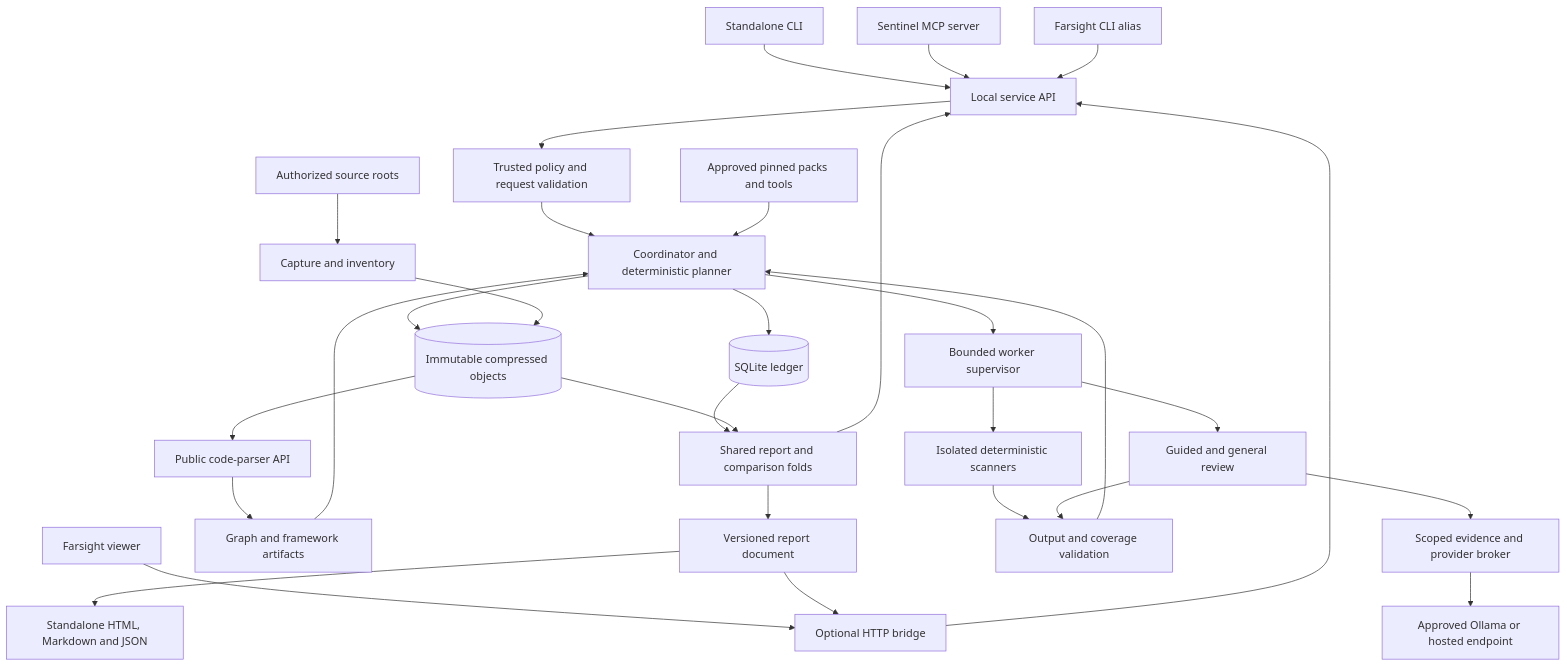
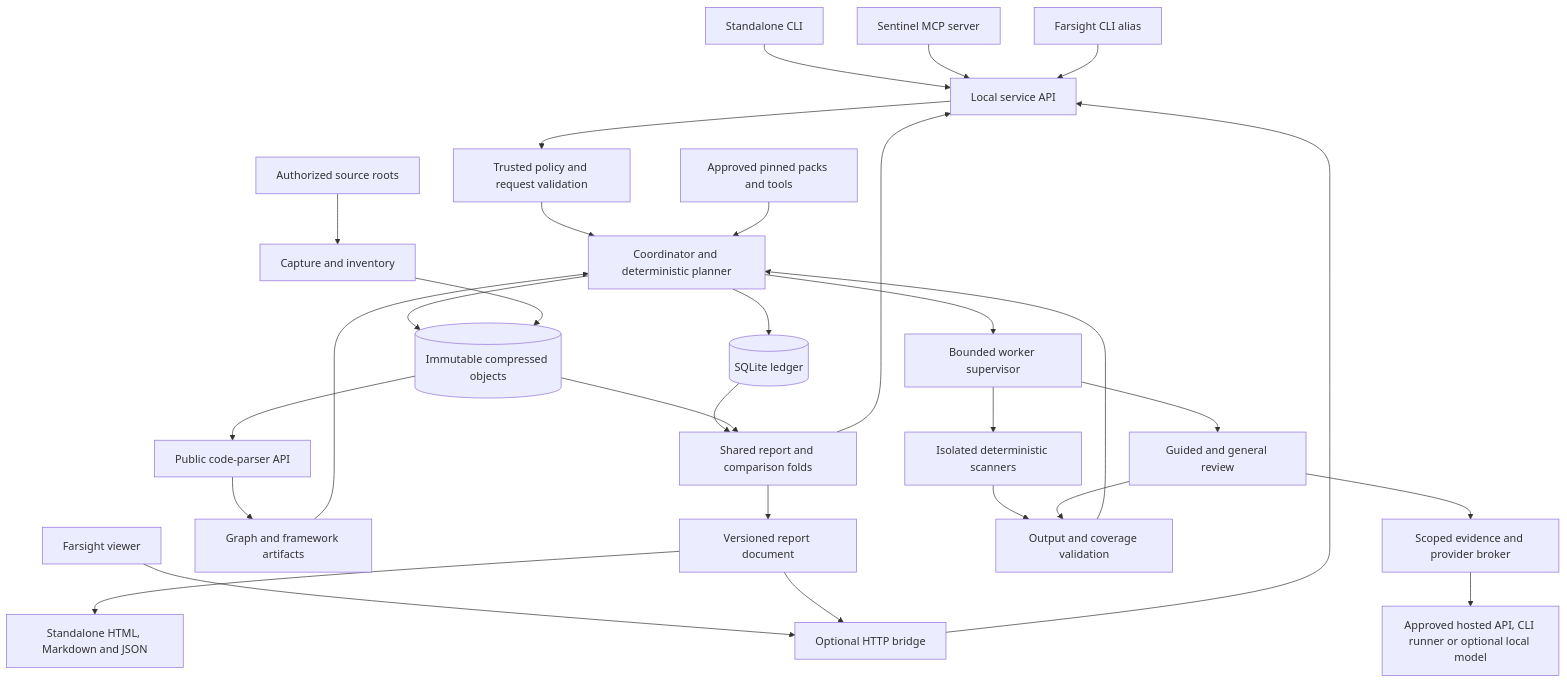
Before and after one commit to zalos/farsight: the first of 2 diagrams in docs/proposals/farsight-sentinel/implementation-plan.md, drawn with Mermaid. The commit also changed other lines of this file and 2 other files, not shown here.

````diff
--- a/docs/proposals/farsight-sentinel/implementation-plan.md
+++ b/docs/proposals/farsight-sentinel/implementation-plan.md
@@ -118,32 +122,32 @@
 ```mermaid
 flowchart TB
   CLI[Standalone CLI] --> IPC[Local service API]
   MCP[Sentinel MCP server] --> IPC
   WEB[Farsight viewer] --> BRIDGE[Optional HTTP bridge]
   HOST[Farsight CLI alias] --> IPC
   BRIDGE --> IPC
   IPC --> POLICY[Trusted policy and request validation]
   POLICY --> COORD[Coordinator and deterministic planner]
   COORD --> LEDGER[(SQLite ledger)]
   COORD --> CAS[(Immutable compressed objects)]
   ROOTS[Authorized source roots] --> CAPTURE[Capture and inventory]
   CAPTURE --> CAS
   CAS --> PARSER[Public code-parser API]
   PARSER --> FACTS[Graph and framework artifacts]
   FACTS --> COORD
   RULES[Approved pinned packs and tools] --> COORD
   COORD --> RUNNER[Bounded worker supervisor]
   RUNNER --> SCAN[Isolated deterministic scanners]
   RUNNER --> REVIEW[Guided and general review]
   REVIEW --> BROKER[Scoped evidence and provider broker]
-  BROKER --> MODEL[Approved Ollama or hosted endpoint]
+  BROKER --> MODEL[Approved hosted API, CLI runner or optional local model]
   SCAN --> VALIDATE[Output and coverage validation]
   REVIEW --> VALIDATE
   VALIDATE --> COORD
   LEDGER --> FOLD[Shared report and comparison folds]
   CAS --> FOLD
   FOLD --> IPC
   FOLD --> DOC[Versioned report document]
   DOC --> EXPORT[Standalone HTML, Markdown and JSON]
   DOC --> BRIDGE
 ```
````
